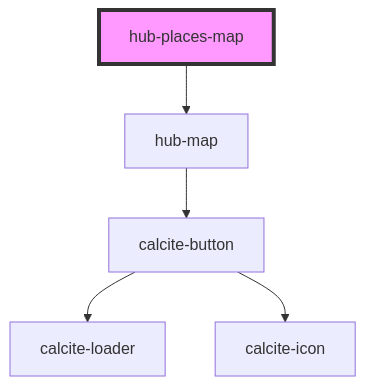
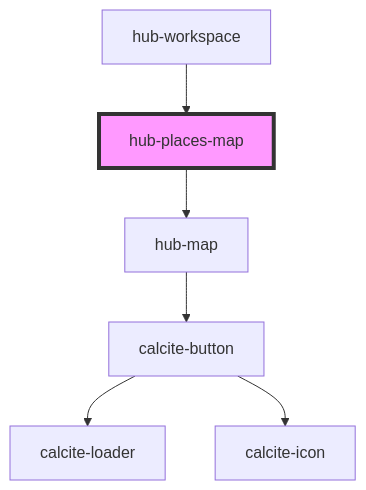
The diagram in src/components/hub-places-map/readme.md (esridc/hub-components-experiments), drawn with Mermaid before and after one commit. The commit also changed other lines of this file and 11 other files, not shown here.

````diff
--- a/src/components/hub-places-map/readme.md
+++ b/src/components/hub-places-map/readme.md
@@ -24,8 +28,9 @@
 ```mermaid
 graph TD;
   hub-places-map --> hub-map
   hub-map --> calcite-button
   calcite-button --> calcite-loader
   calcite-button --> calcite-icon
+  hub-workspace --> hub-places-map
   style hub-places-map fill:#f9f,stroke:#333,stroke-width:4px
 ```
````
